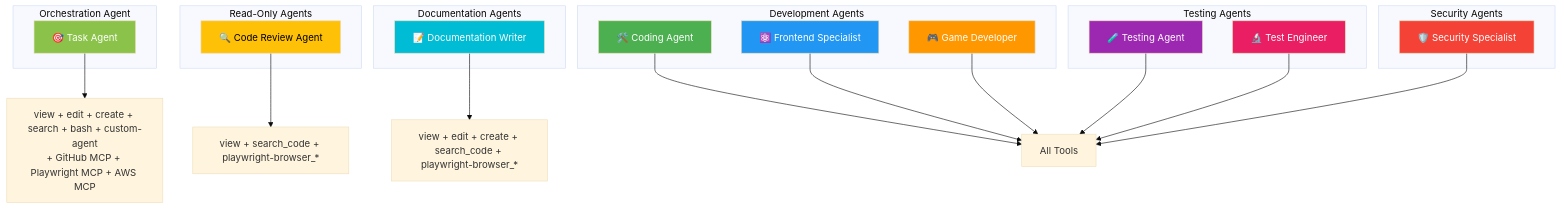
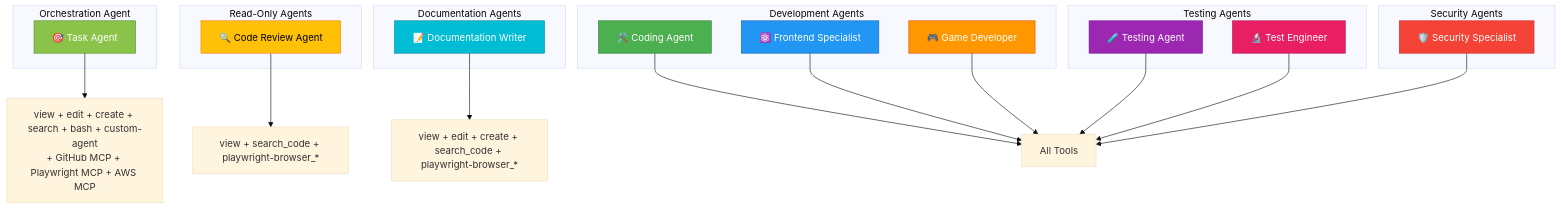
Before and after one commit to Hack23/blacktrigram: the fourth of 4 diagrams in .github/agents/README.md, drawn with Mermaid (base theme). The commit also changed other lines of this file, not shown here.

Commit message:
Update README with Environment & Configuration section and improved mermaid diagrams

````diff
--- a/.github/agents/README.md
+++ b/.github/agents/README.md
@@ -333,49 +414,49 @@
 ```mermaid
 graph TD
     subgraph "Orchestration Agent"
         TaskAgent[🎯 Task Agent]
     end
     
     subgraph "Read-Only Agents"
         Review[🔍 Code Review Agent]
     end
     
     subgraph "Documentation Agents"
         Docs[📝 Documentation Writer]
     end
     
     subgraph "Development Agents"
         Coding[🛠️ Coding Agent]
         Frontend[⚛️ Frontend Specialist]
         Game[🎮 Game Developer]
     end
     
     subgraph "Testing Agents"
         Testing[🧪 Testing Agent]
         TestEng[🔬 Test Engineer]
     end
     
     subgraph "Security Agents"
         Security[🛡️ Security Specialist]
     end
     
     TaskAgent --> MCPTools[view + edit + create + search + bash + custom-agent<br/>+ GitHub MCP + Playwright MCP + AWS MCP]
     Review --> ViewSearch[view + search_code + playwright-browser_*]
     Docs --> ViewEdit[view + edit + create + search_code + playwright-browser_*]
     Coding --> FullTools[All Tools]
     Frontend --> FullTools
     Game --> FullTools
     Testing --> FullTools
     TestEng --> FullTools
     Security --> FullTools
     
-    style TaskAgent fill:#8BC34A,color:#fff
-    style Review fill:#FFC107,color:#000
-    style Docs fill:#00BCD4,color:#fff
-    style Coding fill:#4CAF50,color:#fff
-    style Frontend fill:#2196F3,color:#fff
-    style Game fill:#FF9800,color:#fff
-    style Testing fill:#9C27B0,color:#fff
-    style TestEng fill:#E91E63,color:#fff
-    style Security fill:#F44336,color:#fff
+    style TaskAgent fill:#8BC34A,stroke:#558B2F,color:#fff
+    style Review fill:#FFC107,stroke:#F57F17,color:#000
+    style Docs fill:#00BCD4,stroke:#00838F,color:#fff
+    style Coding fill:#4CAF50,stroke:#2E7D32,color:#fff
+    style Frontend fill:#2196F3,stroke:#1565C0,color:#fff
+    style Game fill:#FF9800,stroke:#E65100,color:#fff
+    style Testing fill:#9C27B0,stroke:#6A1B9A,color:#fff
+    style TestEng fill:#E91E63,stroke:#AD1457,color:#fff
+    style Security fill:#F44336,stroke:#C62828,color:#fff
 ```
````
